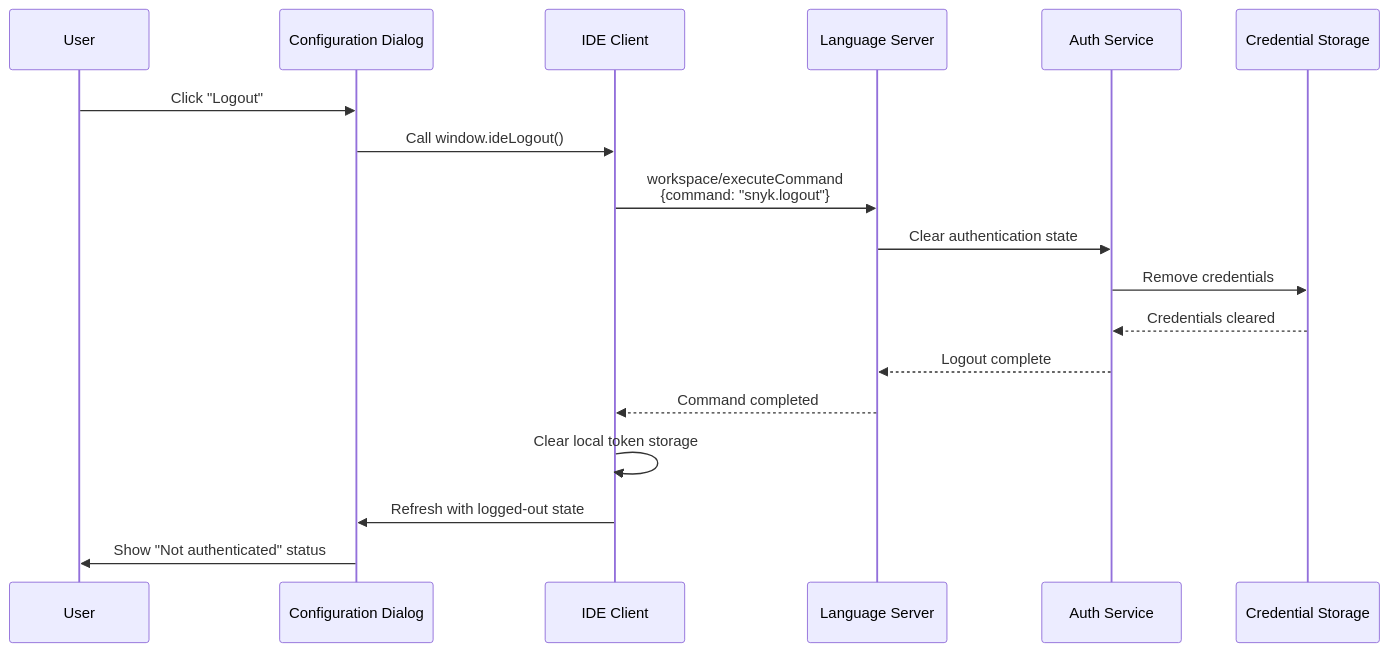
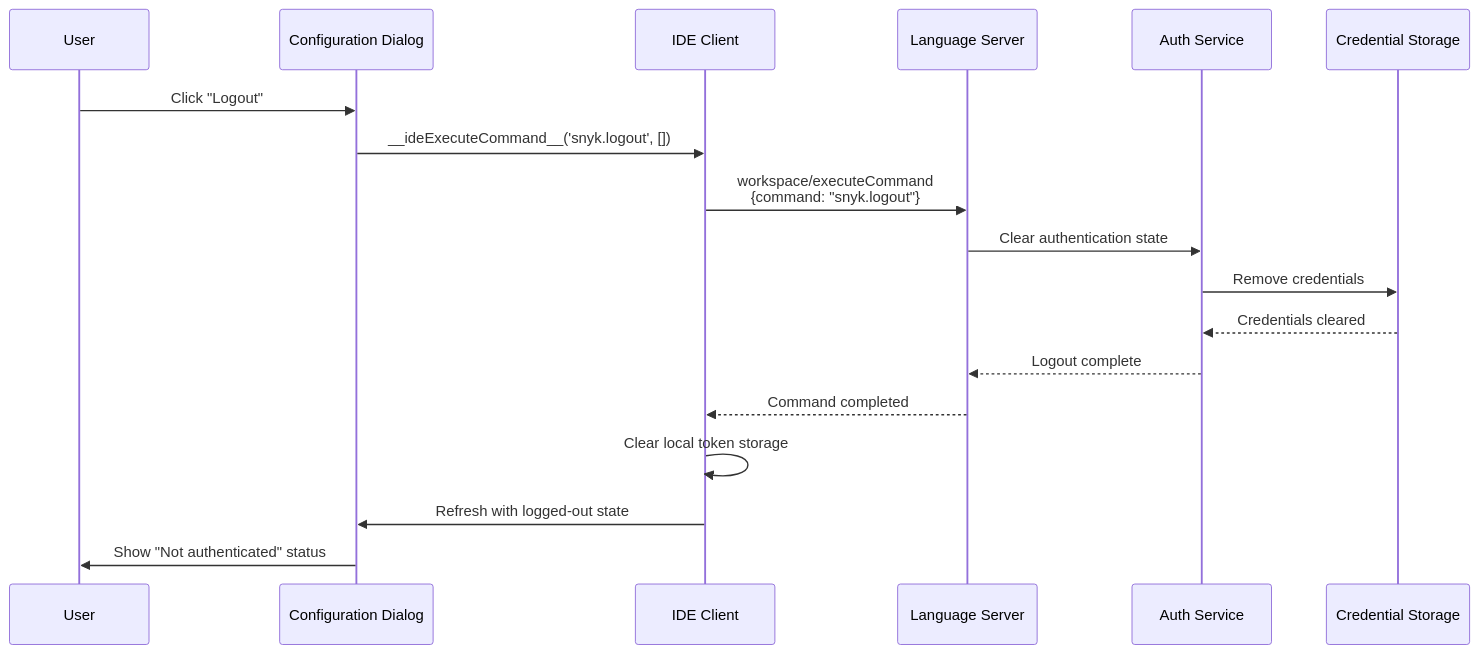
One commit to snyk/snyk-ls changed the fifth of 5 diagrams in docs/configuration-dialog.md. Above: the diagram before and after it, drawn with Mermaid. The commit also changed other lines of this file and 6 other files, not shown here.

````diff
--- a/docs/configuration-dialog.md
+++ b/docs/configuration-dialog.md
@@ -542,26 +377,26 @@
 ```mermaid
 sequenceDiagram
     participant User as User
     participant Dialog as Configuration Dialog
     participant IDE as IDE Client
     participant LSP as Language Server
     participant Auth as Auth Service
     participant Storage as Credential Storage
     
     User->>Dialog: Click "Logout"
-    Dialog->>IDE: Call window.ideLogout()
+    Dialog->>IDE: __ideExecuteCommand__('snyk.logout', [])
     
     IDE->>LSP: workspace/executeCommand<br/>{command: "snyk.logout"}
     
     LSP->>Auth: Clear authentication state
     Auth->>Storage: Remove credentials
     Storage-->>Auth: Credentials cleared
     Auth-->>LSP: Logout complete
     
     LSP-->>IDE: Command completed
     
     IDE->>IDE: Clear local token storage
     
     IDE->>Dialog: Refresh with logged-out state
     Dialog->>User: Show "Not authenticated" status
 ```
````
